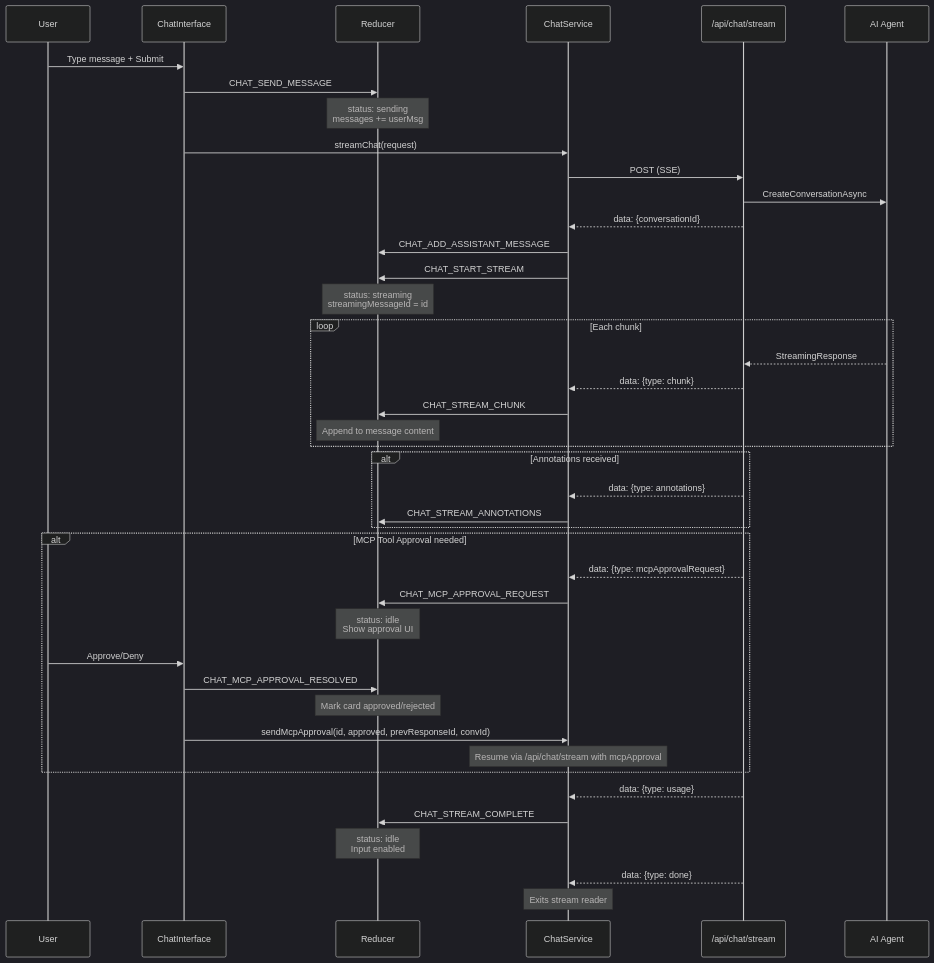
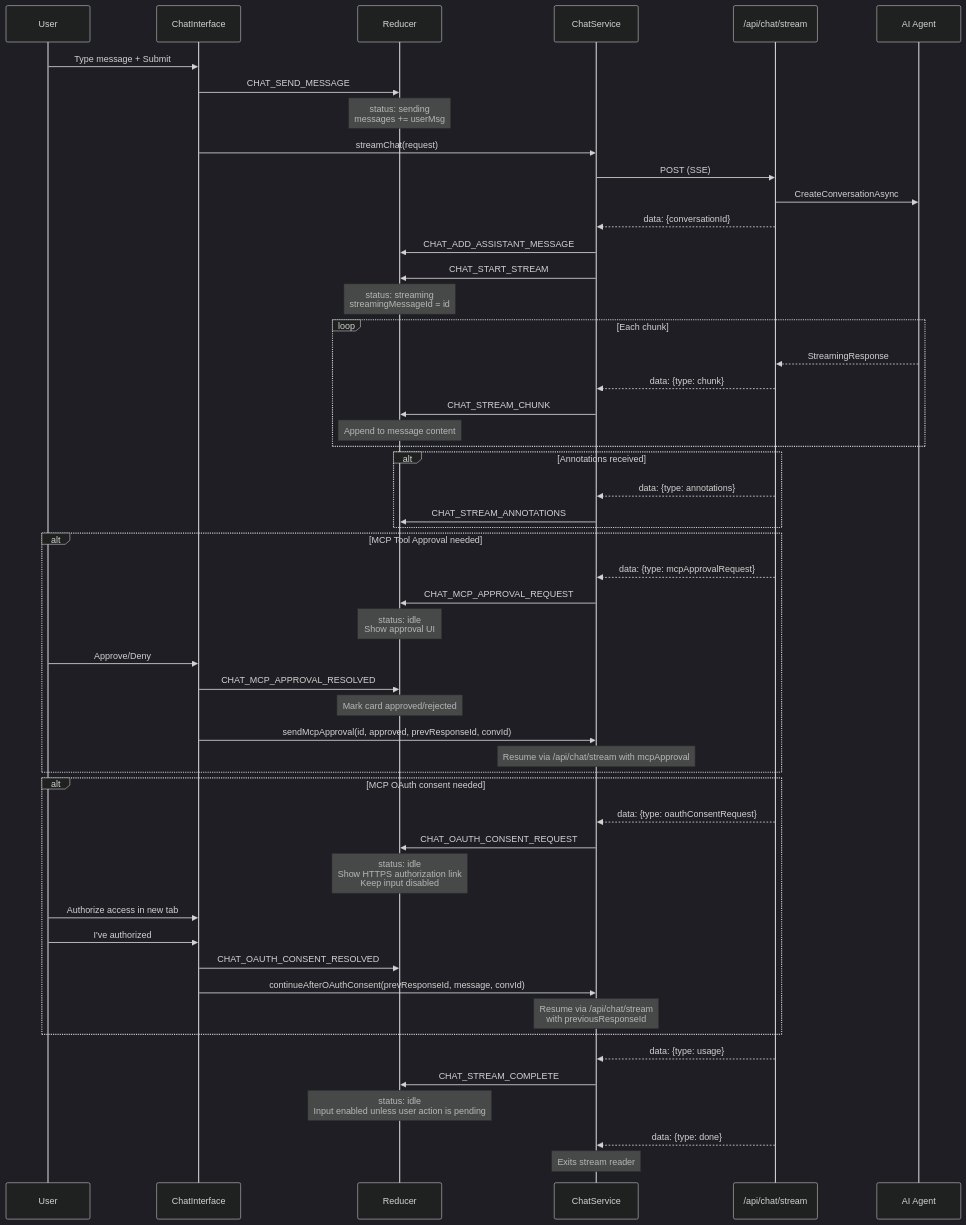
One commit to clarked-msft/foundry-agent-webapp changed the seventh of 11 diagrams in ARCHITECTURE-FLOW.md. Above: the diagram before and after it, drawn with Mermaid (dark theme). The commit also changed other lines of this file and 19 other files, not shown here.

First line of the commit message:
feat(mcp): handle OAuth consent requests

````diff
--- a/ARCHITECTURE-FLOW.md
+++ b/ARCHITECTURE-FLOW.md
@@ -294,52 +302,63 @@
 ```mermaid
 sequenceDiagram
     participant U as User
     participant UI as ChatInterface
     participant R as Reducer
     participant S as ChatService
     participant API as /api/chat/stream
     participant Agent as AI Agent
 
     U->>UI: Type message + Submit
     UI->>R: CHAT_SEND_MESSAGE
     Note over R: status: sending<br/>messages += userMsg
 
     UI->>S: streamChat(request)
     S->>API: POST (SSE)
     API->>Agent: CreateConversationAsync
 
     API-->>S: data: {conversationId}
     S->>R: CHAT_ADD_ASSISTANT_MESSAGE
     S->>R: CHAT_START_STREAM
     Note over R: status: streaming<br/>streamingMessageId = id
 
     loop Each chunk
         Agent-->>API: StreamingResponse
         API-->>S: data: {type: chunk}
         S->>R: CHAT_STREAM_CHUNK
         Note over R: Append to message content
     end
 
     alt Annotations received
         API-->>S: data: {type: annotations}
         S->>R: CHAT_STREAM_ANNOTATIONS
     end
 
     alt MCP Tool Approval needed
         API-->>S: data: {type: mcpApprovalRequest}
         S->>R: CHAT_MCP_APPROVAL_REQUEST
         Note over R: status: idle<br/>Show approval UI
         U->>UI: Approve/Deny
         UI->>R: CHAT_MCP_APPROVAL_RESOLVED
         Note over R: Mark card approved/rejected
         UI->>S: sendMcpApproval(id, approved, prevResponseId, convId)
         Note over S: Resume via /api/chat/stream with mcpApproval
     end
 
+    alt MCP OAuth consent needed
+        API-->>S: data: {type: oauthConsentRequest}
+        S->>R: CHAT_OAUTH_CONSENT_REQUEST
+        Note over R: status: idle<br/>Show HTTPS authorization link<br/>Keep input disabled
+        U->>UI: Authorize access in new tab
+        U->>UI: I've authorized
+        UI->>R: CHAT_OAUTH_CONSENT_RESOLVED
+        UI->>S: continueAfterOAuthConsent(prevResponseId, message, convId)
+        Note over S: Resume via /api/chat/stream<br/>with previousResponseId
+    end
+
     API-->>S: data: {type: usage}
     S->>R: CHAT_STREAM_COMPLETE
-    Note over R: status: idle<br/>Input enabled
+    Note over R: status: idle<br/>Input enabled unless user action is pending
 
     API-->>S: data: {type: done}
     Note over S: Exits stream reader
 ```
````
